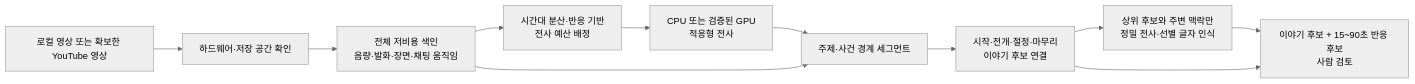
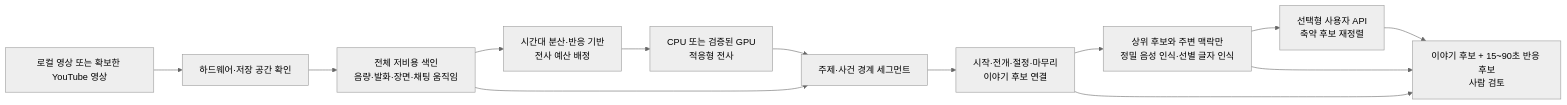
Before and after one commit to hangokudao/vod-scout: the second of 2 diagrams in docs/ARCHITECTURE.md, drawn with Mermaid (neutral theme). The commit also changed other lines of this file and 8 other files, not shown here.

Commit message:
docs: 사용자 API 방향과 한국어 표현 규칙 정리

````diff
--- a/docs/ARCHITECTURE.md
+++ b/docs/ARCHITECTURE.md
@@ -104,13 +104,15 @@
 ```mermaid
 flowchart LR
     INPUT["로컬 영상 또는 확보한 YouTube 영상"] --> PREFLIGHT["하드웨어·저장 공간 확인"]
     PREFLIGHT --> INDEX["전체 저비용 색인\n음량·발화·장면·채팅 움직임"]
     INDEX --> BUDGET["시간대 분산·반응 기반\n전사 예산 배정"]
     BUDGET --> TRANSCRIPT["CPU 또는 검증된 GPU\n적응형 전사"]
     TRANSCRIPT --> SEGMENTS["주제·사건 경계 세그먼트"]
     INDEX --> SEGMENTS
     SEGMENTS --> STORY["시작·전개·절정·마무리\n이야기 후보 연결"]
-    STORY --> REFINE["상위 후보와 주변 맥락만\n정밀 전사·선별 글자 인식"]
+    STORY --> REFINE["상위 후보와 주변 맥락만\n정밀 음성 인식·선별 글자 인식"]
+    REFINE --> API["선택형 사용자 API\n축약 후보 재정렬"]
+    API --> REVIEW["이야기 후보 + 15~90초 반응 후보\n사람 검토"]
     REFINE --> REVIEW["이야기 후보 + 15~90초 반응 후보\n사람 검토"]
     STORY --> REVIEW
 ```
````
